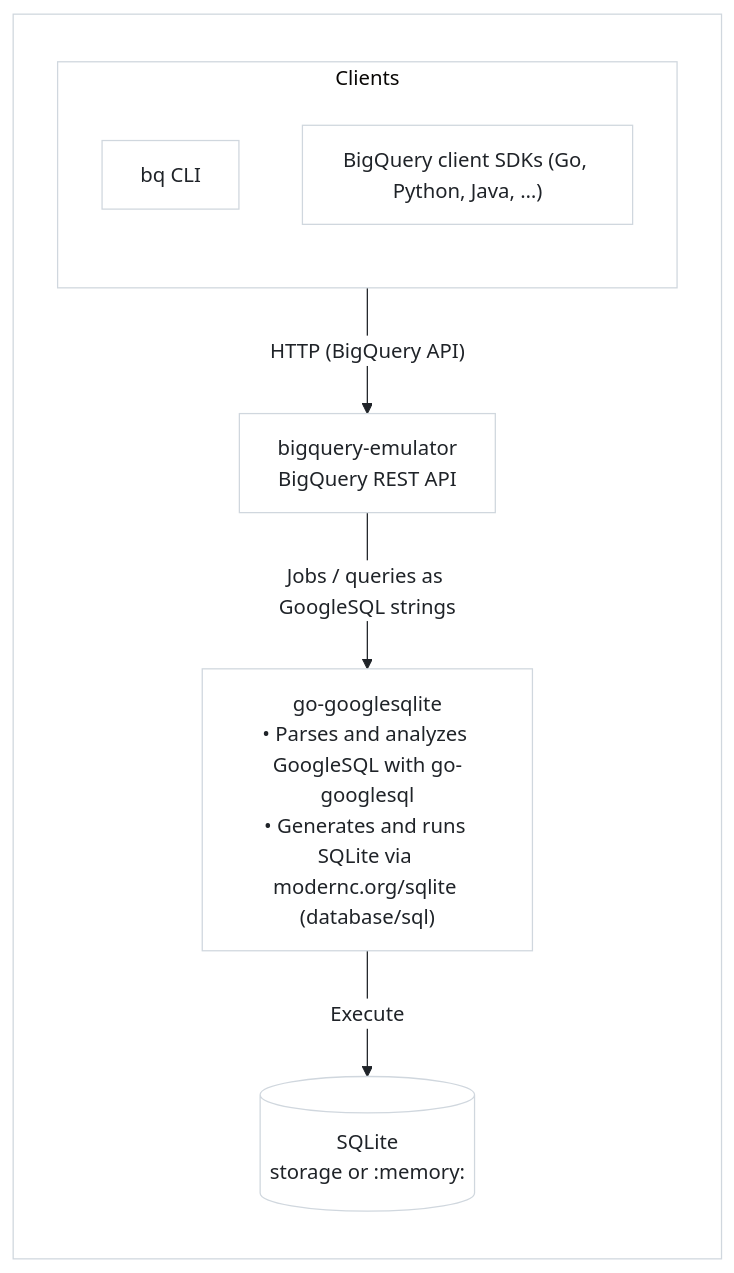
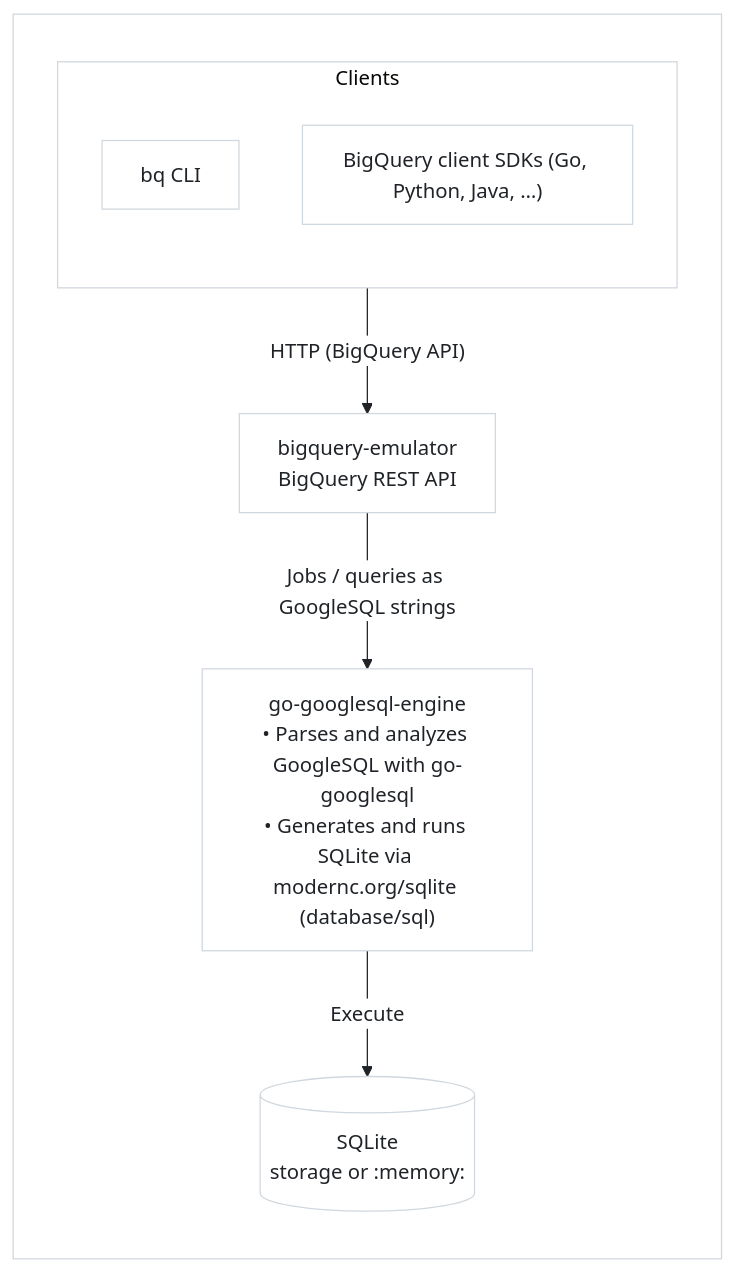
One commit to vantaboard/bigquery-emulator changed the first of 2 diagrams in README.md. Above: the diagram before and after it, drawn with Mermaid. The commit also changed other lines of this file and 34 other files, not shown here.

First line of the commit message:
refactor(stack): rename go-googlesqlite to go-googlesql-engine

````diff
--- a/README.md
+++ b/README.md
@@ -327,36 +327,36 @@
 ```mermaid
 ---
 config:
   theme: base
   themeVariables:
     background: '#ffffff'
     mainBkg: '#ffffff'
     clusterBkg: '#ffffff'
     lineColor: '#1f2328'
     arrowheadColor: '#1f2328'
     primaryTextColor: '#1f2328'
     primaryBorderColor: '#d0d7de'
     clusterBorder: '#d0d7de'
     edgeLabelBackground: '#ffffff'
     edgeLabelColor: '#1f2328'
     secondaryBkg: '#f6f8fa'
     tertiaryColor: '#f6f8fa'
     darkMode: false
 ---
 flowchart TD
   subgraph diagramRoot [" "]
     direction TB
     subgraph clientLayer [Clients]
       direction TB
       bqCli[bq CLI]
       sdks["BigQuery client SDKs (Go, Python, Java, …)"]
     end
     bigqueryEmu["bigquery-emulator<br/>BigQuery REST API"]
-    googlesqlite["go-googlesqlite<br/>• Parses and analyzes GoogleSQL with go-googlesql<br/>• Generates and runs SQLite via modernc.org/sqlite (database/sql)"]
+    googlesqlengine["go-googlesql-engine<br/>• Parses and analyzes GoogleSQL with go-googlesql<br/>• Generates and runs SQLite via modernc.org/sqlite (database/sql)"]
     sqliteDb[(SQLite<br/>storage or :memory:)]
 
     clientLayer -->|"HTTP (BigQuery API)"| bigqueryEmu
-    bigqueryEmu -->|"Jobs / queries as GoogleSQL strings"| googlesqlite
-    googlesqlite -->|"Execute"| sqliteDb
+    bigqueryEmu -->|"Jobs / queries as GoogleSQL strings"| googlesqlengine
+    googlesqlengine -->|"Execute"| sqliteDb
   end
 ```
````
